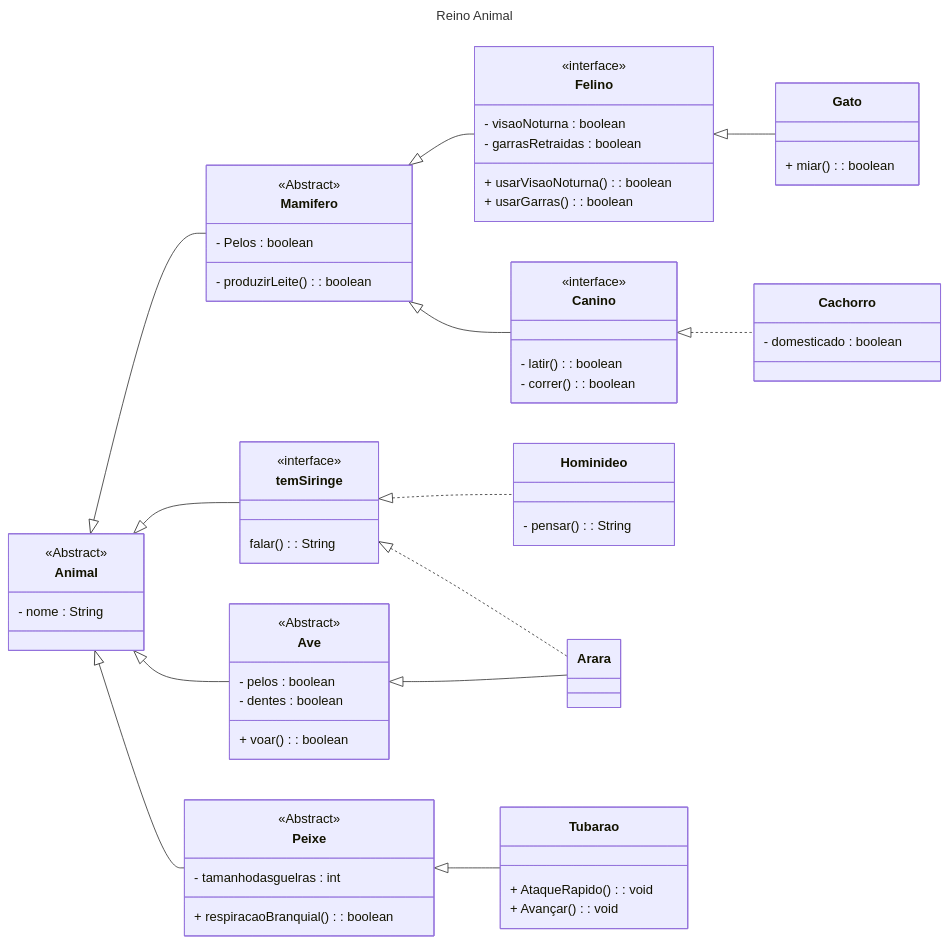
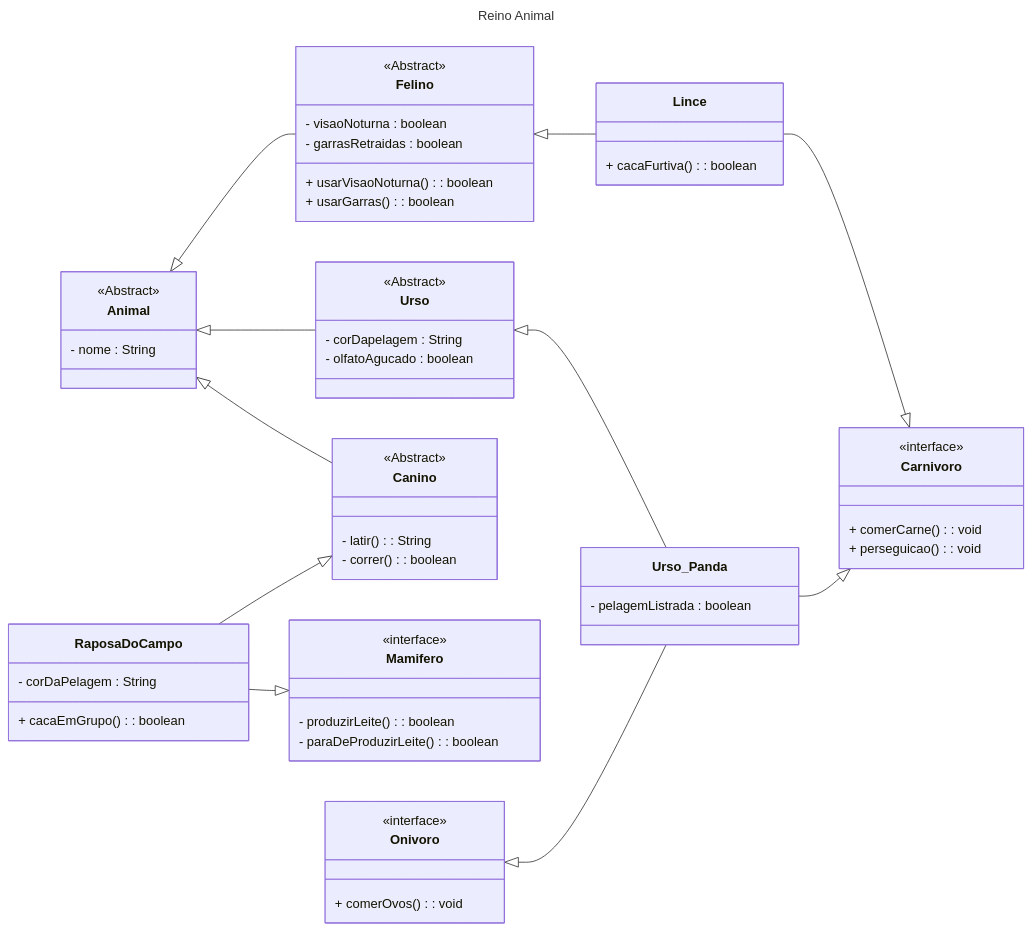
The diagram in aula-26/mermaid.md (nicolas4pitz/POO-IFSC), drawn with Mermaid before and after one commit. The commit also changed 11 other files, not shown here.

````diff
--- a/aula-26/mermaid.md
+++ b/aula-26/mermaid.md
@@ -6,92 +6,76 @@
 
     direction LR
 
-    Animal <|-- Mamifero
-    Animal <|-- Ave
-    Animal <|-- Peixe
-
     class Animal{
+        <<Abstract>>
         - nome : String
     }
 
+    Animal <|-- Urso
+    Animal <|-- Felino
+    Animal <|-- Canino
+
+    class Urso {
+        <<Abstract>>
+        - corDapelagem : String
+        - olfatoAgucado : boolean
+    }
+
+    Urso <|-- Urso_Panda
     
     class Felino {
+        <<Abstract>>
         - visaoNoturna : boolean
         - garrasRetraidas : boolean
         + usarVisaoNoturna() : boolean
         + usarGarras() : boolean
     }
 
+    Felino <|-- Lince
+
     class Mamifero{
+        <<interface>>
         - produzirLeite() : boolean
-        - Pelos : boolean
+        - paraDeProduzirLeite() : boolean
+    }
+
+    class Carnivoro{
+        <<interface>>
+        + comerCarne() : void
+        + perseguicao() : void
+    }
+
+    Lince --|> Carnivoro
+
+    class Onivoro{
+        <<interface>>
+        + comerOvos() : void
     }
     
-    <<Abstract>> Mamifero
-    <<Abstract>> Animal
-    <<Abstract>> Ave
-    <<interface>> Felino
-    <<Abstract>> Peixe
-    Mamifero <|-- Felino
-    
+    Onivoro <|-- Urso_Panda
 
-    class Gato{
-        + miar() : boolean
+    class Urso_Panda{
+        - pelagemListrada : boolean
     }
 
-    Felino <|-- Gato
+    Urso_Panda --|> Carnivoro
+
+    class Lince{
+        + cacaFurtiva() : boolean
+    }
 
     class Canino{
-        - latir() : boolean
+        <<Abstract>>
+        - latir() : String
         - correr() : boolean
     }
-
-    <<interface>> Canino
-
-    Mamifero <|-- Canino 
-
-    class Cachorro{
-        - domesticado : boolean
+    
+    class RaposaDoCampo{
+        - corDaPelagem : String
+        + cacaEmGrupo() : boolean
     }
 
-    Canino <|.. Cachorro
+    RaposaDoCampo --|> Canino
+    RaposaDoCampo --|> Mamifero
 
-    class Ave{
-        - pelos : boolean
-        - dentes : boolean
-        + voar() : boolean
-    }
-
-    class Hominideo{
-        - pensar() : String
-    }
-
-    temSiringe <|.. Hominideo
-    Animal <|-- temSiringe
-
-    class temSiringe{
-        falar() : String
-    }
-
-    <<interface>> temSiringe
-
-    temSiringe <|.. Arara
-
-    class Arara{
-        
-    }
-
-    Ave <|-- Arara
-
-    class Peixe{
-        + respiracaoBranquial() : boolean 
-        - tamanhodasguelras : int
-    }
-
-    Peixe <|-- Tubarao
-
-    class Tubarao{
-        + AtaqueRapido() : void
-        + Avançar() : void
-    }
 ```
````
